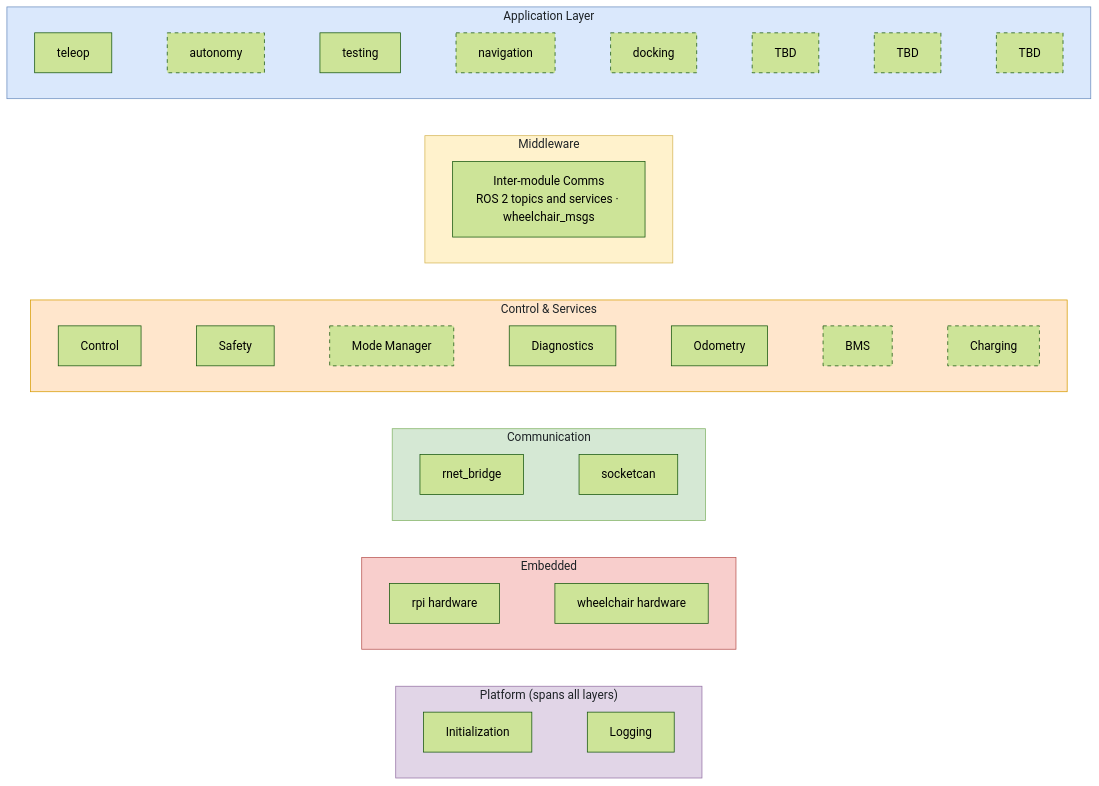
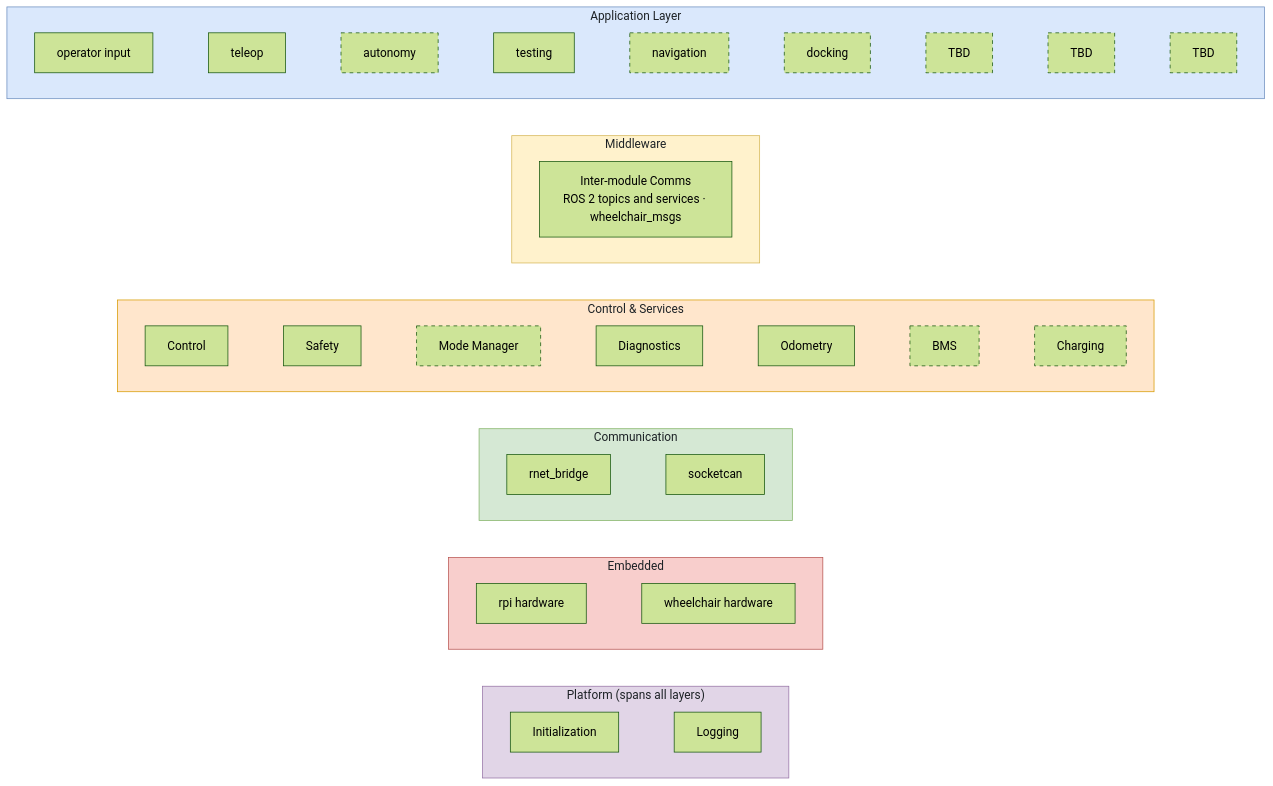
One commit to Build-with-Ben/AutonomousPowerWheelChair changed the diagram in docs/layer-stack.md. Above: the diagram before and after it, drawn with Mermaid (forest theme). The commit also changed other lines of this file and 6 other files, not shown here.

First line of the commit message:
Wire the operator input chain into bringup and the docs

````diff
--- a/docs/layer-stack.md
+++ b/docs/layer-stack.md
@@ -8,44 +8,44 @@
 ```mermaid
 flowchart TB
   subgraph APP["Application Layer"]
     direction LR
-    teleop ~~~ autonomy ~~~ testing ~~~ navigation ~~~ docking ~~~ tbd1["TBD"] ~~~ tbd2["TBD"] ~~~ tbd3["TBD"]
+    input["operator input"] ~~~ teleop ~~~ autonomy ~~~ testing ~~~ navigation ~~~ docking ~~~ tbd1["TBD"] ~~~ tbd2["TBD"] ~~~ tbd3["TBD"]
   end
 
   subgraph MW["Middleware"]
     direction LR
     comms["Inter-module Comms<br/>ROS 2 topics and services · wheelchair_msgs"]
   end
 
   subgraph SVC["Control & Services"]
     direction LR
     control["Control"] ~~~ safety["Safety"] ~~~ mode["Mode Manager"] ~~~ diag["Diagnostics"] ~~~ odom["Odometry"] ~~~ bms["BMS"] ~~~ charging["Charging"]
   end
 
   subgraph COM["Communication"]
     direction LR
     rnet["rnet_bridge"] ~~~ sc["socketcan"]
   end
 
   subgraph EMB["Embedded"]
     direction LR
     rpi["rpi hardware"] ~~~ chair["wheelchair hardware"]
   end
 
   subgraph PLAT["Platform (spans all layers)"]
     direction LR
     init["Initialization"] ~~~ logging["Logging"]
   end
 
   APP ~~~ MW ~~~ SVC ~~~ COM ~~~ EMB ~~~ PLAT
 
   classDef planned stroke-dasharray: 5 5
   class autonomy,navigation,docking,tbd1,tbd2,tbd3,mode,bms,charging planned
 
   style APP fill:#dae8fc,stroke:#6c8ebf,color:#1d2226
   style MW fill:#fff2cc,stroke:#d6b656,color:#1d2226
   style SVC fill:#ffe6cc,stroke:#d79b00,color:#1d2226
   style COM fill:#d5e8d4,stroke:#82b366,color:#1d2226
   style EMB fill:#f8cecc,stroke:#b85450,color:#1d2226
   style PLAT fill:#e1d5e7,stroke:#9673a6,color:#1d2226
 ```
````
